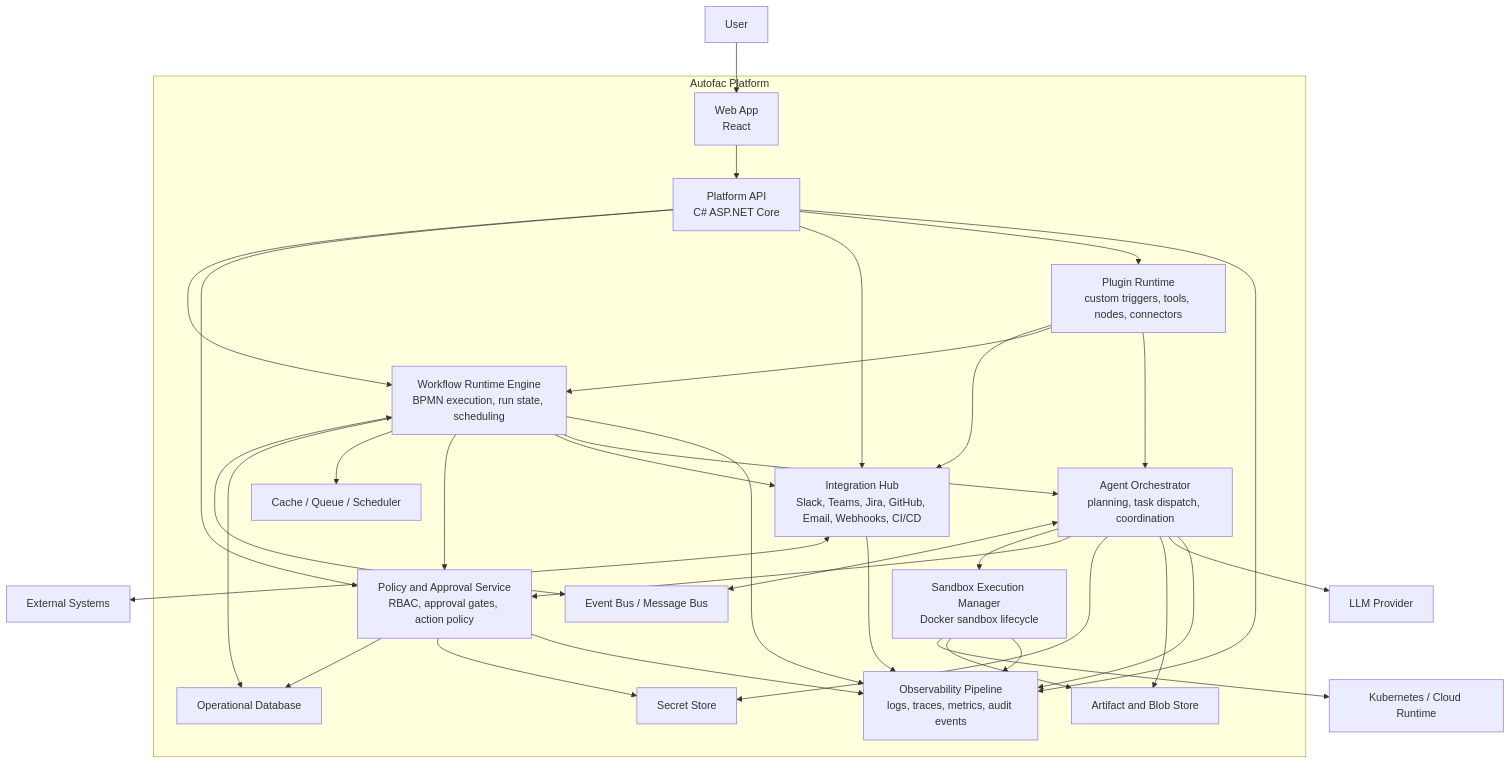
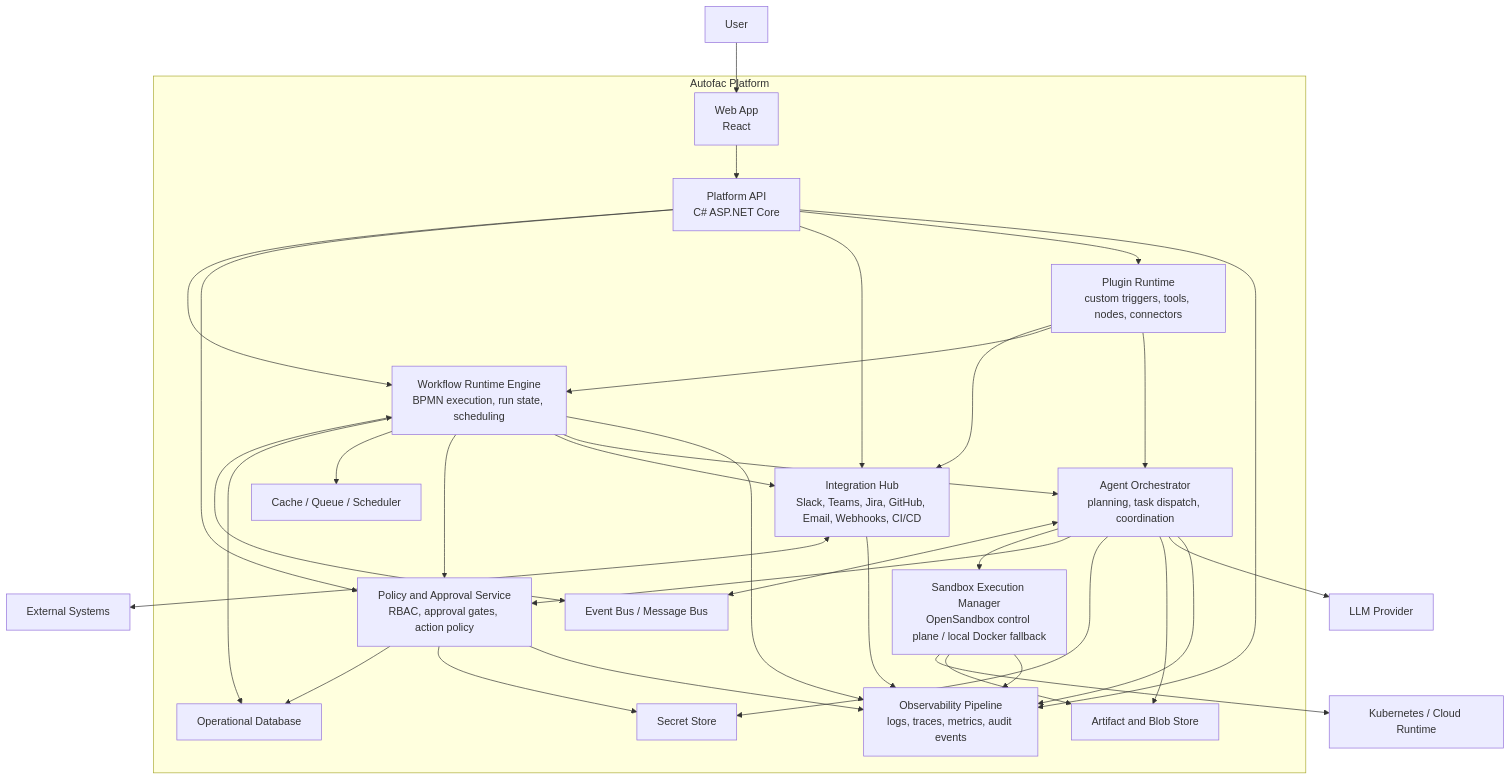
Before and after one commit to isartor-ai/agentwerke: the second of 4 diagrams in docs/architecture-design.md, drawn with Mermaid. The commit also changed other lines of this file and 4 other files, not shown here.

First line of the commit message:
docs: adopt opensandbox sandbox-control-plane ADR

````diff
--- a/docs/architecture-design.md
+++ b/docs/architecture-design.md
@@ -96,64 +96,64 @@
 ```mermaid
 flowchart TB
     user["User"]
 
     subgraph autofac["Autofac Platform"]
         web["Web App\nReact"]
         api["Platform API\nC# ASP.NET Core"]
         workflow["Workflow Runtime Engine\nBPMN execution, run state, scheduling"]
         agent["Agent Orchestrator\nplanning, task dispatch, coordination"]
-        sandbox["Sandbox Execution Manager\nDocker sandbox lifecycle"]
+        sandbox["Sandbox Execution Manager\nOpenSandbox control plane / local Docker fallback"]
         policy["Policy and Approval Service\nRBAC, approval gates, action policy"]
         integration["Integration Hub\nSlack, Teams, Jira, GitHub, Email, Webhooks, CI/CD"]
         plugin["Plugin Runtime\ncustom triggers, tools, nodes, connectors"]
         obs["Observability Pipeline\nlogs, traces, metrics, audit events"]
         bus["Event Bus / Message Bus"]
         db["Operational Database"]
         store["Artifact and Blob Store"]
         secrets["Secret Store"]
         cache["Cache / Queue / Scheduler"]
     end
 
     llm["LLM Provider"]
     external["External Systems"]
     k8s["Kubernetes / Cloud Runtime"]
 
     user --> web
     web --> api
     api --> workflow
     api --> policy
     api --> integration
     api --> plugin
 
     workflow <--> bus
     workflow --> db
     workflow --> cache
     workflow --> policy
     workflow --> integration
     workflow --> agent
 
     agent <--> bus
     agent --> sandbox
     agent --> policy
     agent --> secrets
     agent --> store
     agent --> llm
 
     sandbox --> k8s
     sandbox --> store
     sandbox --> obs
 
     integration <--> external
     plugin --> integration
     plugin --> workflow
     plugin --> agent
 
     policy --> db
     policy --> secrets
     policy --> obs
 
     workflow --> obs
     agent --> obs
     integration --> obs
     api --> obs
 ```
````
